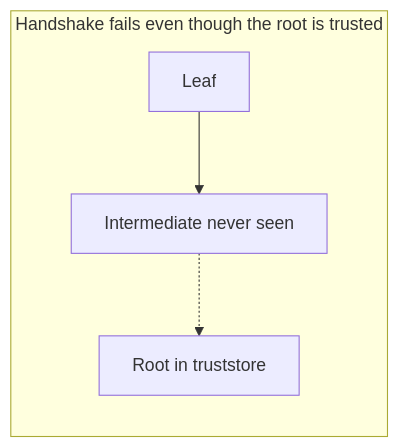
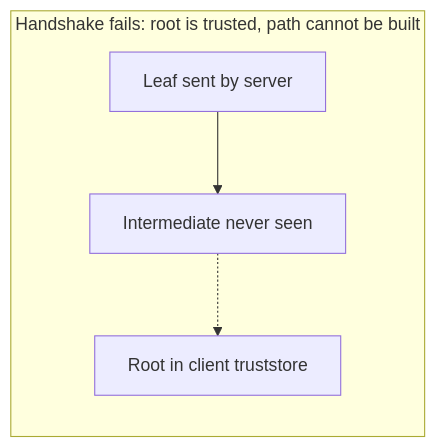
Before and after one commit to gopi29305/ssl_trust_root_demo: the second of 4 diagrams in README.md, drawn with Mermaid. The commit also changed other lines of this file, not shown here.

````diff
--- a/README.md
+++ b/README.md
@@ -32,7 +118,7 @@
 ```mermaid
 flowchart LR
-  subgraph failure ["Handshake fails even though the root is trusted"]
-    L2[Leaf] --> X["Intermediate never seen"]
-    X -.-> R2[Root in truststore]
+  subgraph failure ["Handshake fails: root is trusted, path cannot be built"]
+    L2[Leaf sent by server] --> X["Intermediate never seen"]
+    X -.-> R2[Root in client truststore]
   end
 ```
````
